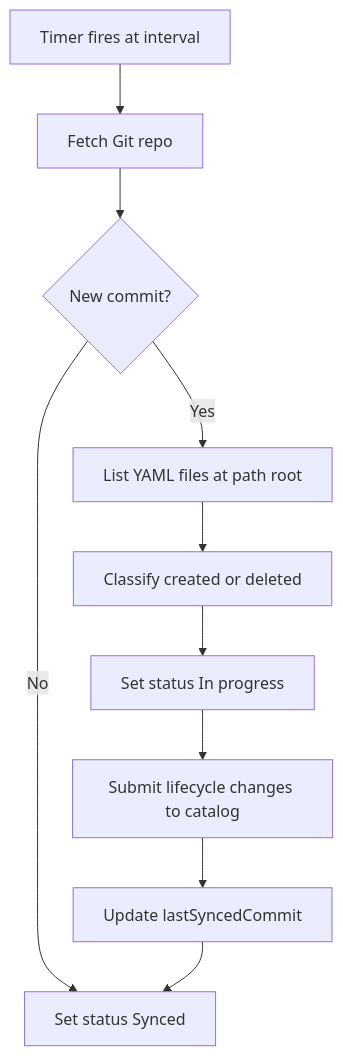
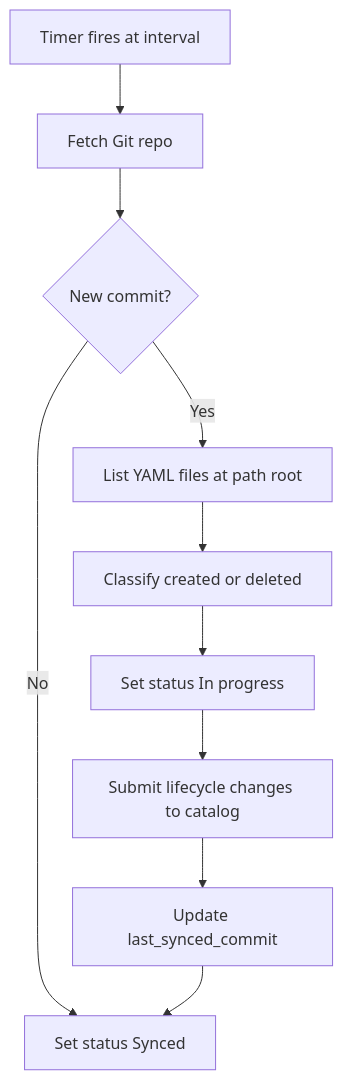
One commit to dcm-project/enhancements changed the first of 2 diagrams in enhancements/gitops-controller/gitops-controller.md. Above: the diagram before and after it, drawn with Mermaid. The commit also changed other lines of this file and 19 other files, not shown here.

````diff
--- a/enhancements/gitops-controller/gitops-controller.md
+++ b/enhancements/gitops-controller/gitops-controller.md
@@ -244,12 +244,12 @@
 ```mermaid
 flowchart TD
     A[Timer fires at interval] --> C[Fetch Git repo]
     C --> E{New commit?}
     E -->|No| F["Set status Synced"]
     E -->|Yes| K[List YAML files at path root]
     K --> L[Classify created or deleted]
     L --> P["Set status In progress"]
     P --> M[Submit lifecycle changes to catalog]
-    M --> N[Update lastSyncedCommit]
+    M --> N[Update last_synced_commit]
     N --> F
 ```
````
